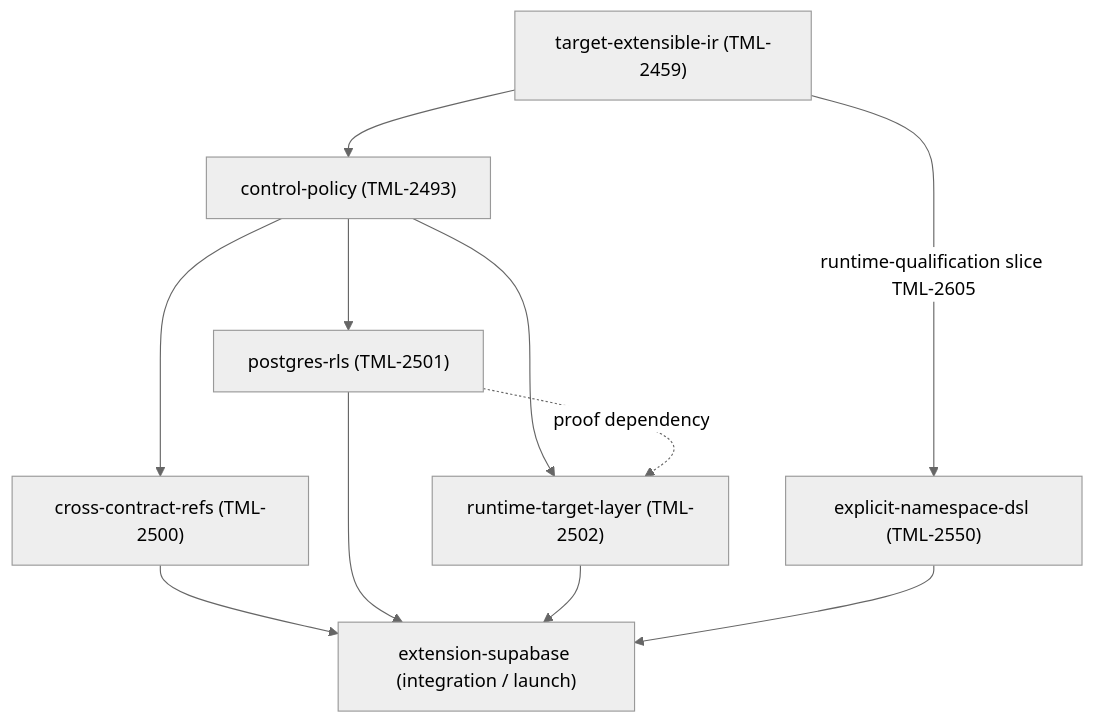
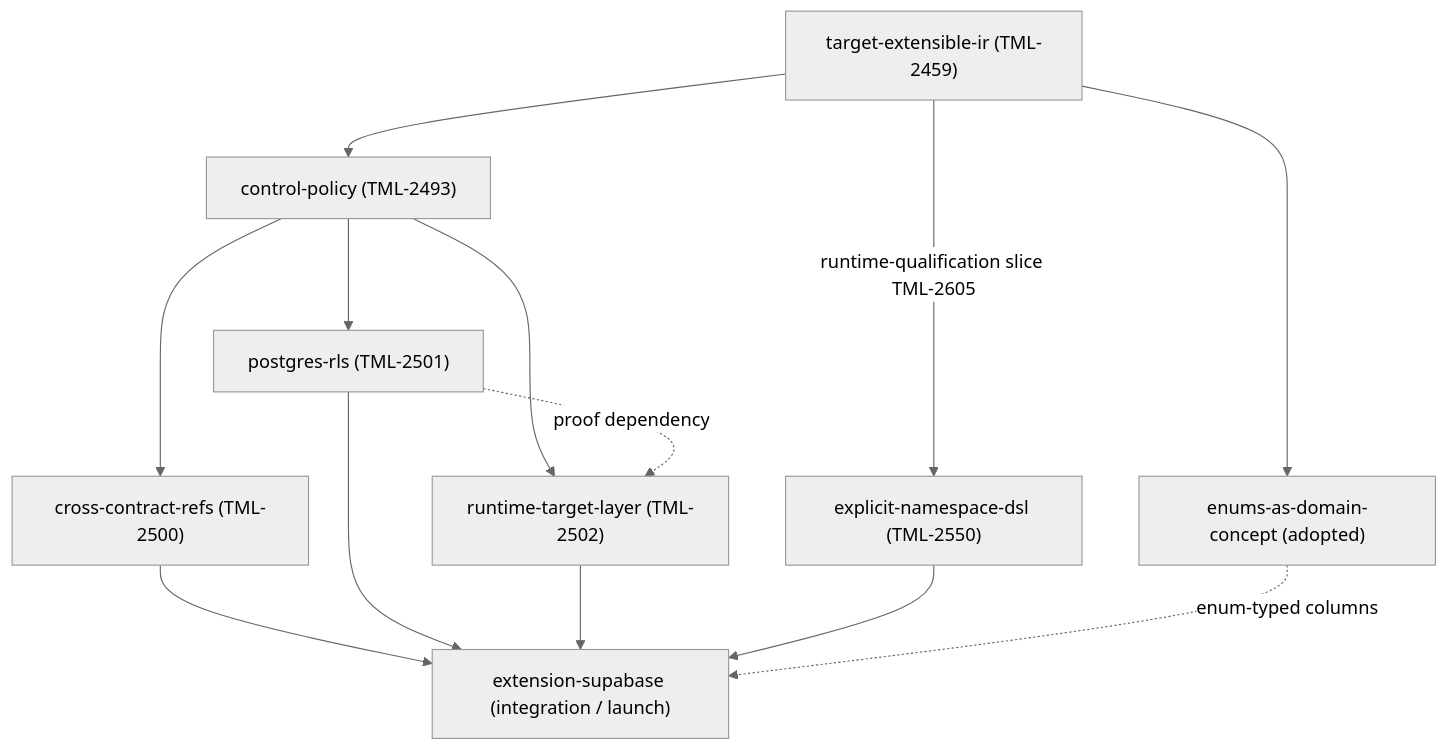
Before and after one commit to prisma/prisma-next: the diagram in projects/supabase-integration/README.md, drawn with Mermaid (neutral theme). The commit also changed other lines of this file, not shown here.

First line of the commit message:
Track enums-as-domain-concept in the Supabase umbrella

````diff
--- a/projects/supabase-integration/README.md
+++ b/projects/supabase-integration/README.md
@@ -25,21 +28,24 @@
 ```mermaid
 flowchart TD
   foundation["target-extensible-ir (TML-2459)"]
   control["control-policy (TML-2493)"]
   ccr["cross-contract-refs (TML-2500)"]
   rls["postgres-rls (TML-2501)"]
   rtl["runtime-target-layer (TML-2502)"]
   ns["explicit-namespace-dsl (TML-2550)"]
+  enums["enums-as-domain-concept (adopted)"]
   ext["extension-supabase (integration / launch)"]
 
   foundation --> control
   foundation -->|"runtime-qualification slice TML-2605"| ns
   control --> ccr
   control --> rls
   control --> rtl
   rls -.->|"proof dependency"| rtl
   ccr --> ext
   rls --> ext
   rtl --> ext
   ns --> ext
+  foundation --> enums
+  enums -.->|"enum-typed columns"| ext
 ```
````
